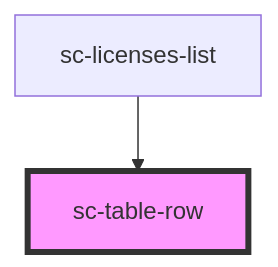
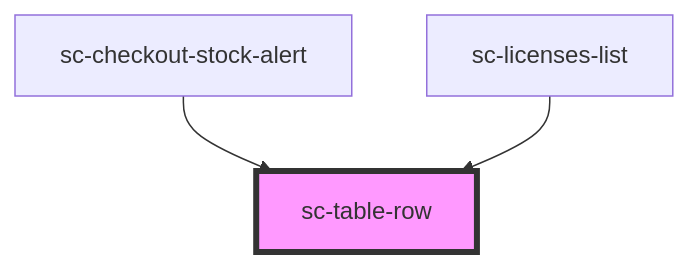
One commit to surecart/surecart-wp-plugin changed the diagram in packages/components/src/components/ui/table-row/readme.md. Above: the diagram before and after it, drawn with Mermaid. The commit also changed other lines of this file and 34 other files, not shown here.

````diff
--- a/packages/components/src/components/ui/table-row/readme.md
+++ b/packages/components/src/components/ui/table-row/readme.md
@@ -22,5 +23,6 @@
 ```mermaid
 graph TD;
+  sc-checkout-stock-alert --> sc-table-row
   sc-licenses-list --> sc-table-row
   style sc-table-row fill:#f9f,stroke:#333,stroke-width:4px
 ```
````
